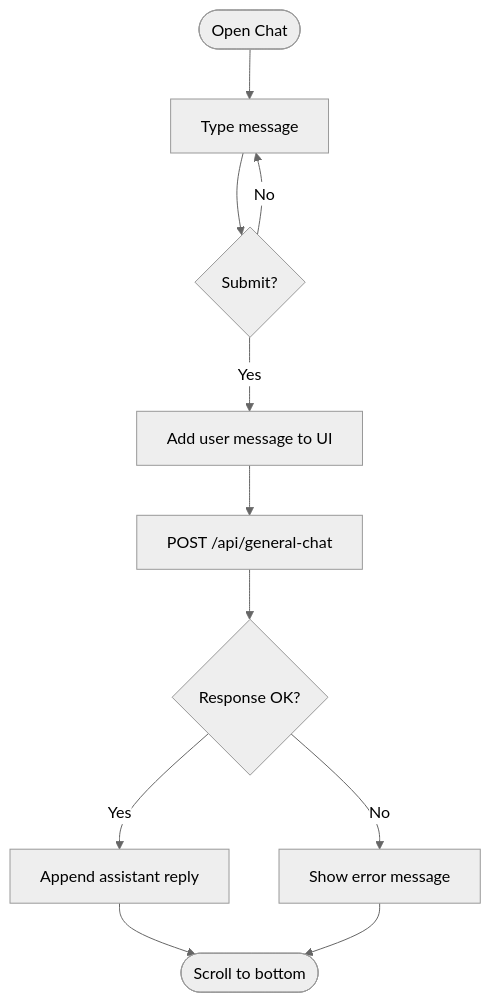
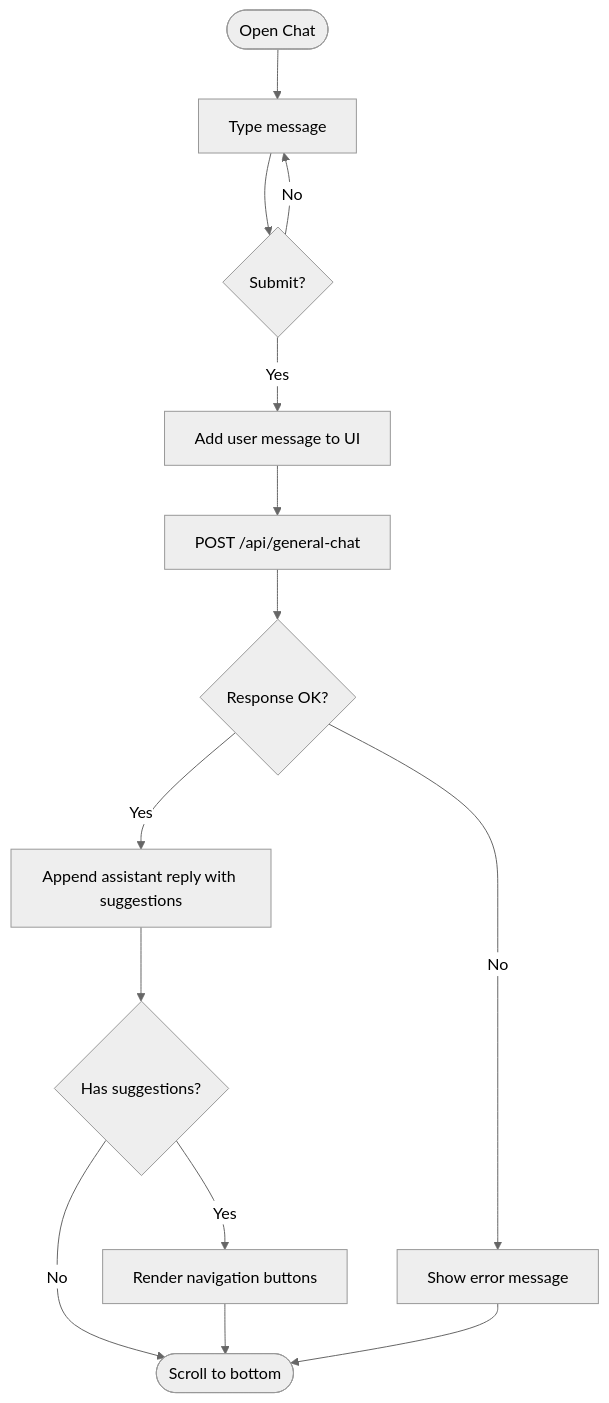
One commit to NaveenHiranya/Smart-Vehicle-Insurance-Claim-System changed the third of 7 diagrams in .qoder/repowiki/en/content/Frontend Documentation/Global AI Assistant.md. Above: the diagram before and after it, drawn with Mermaid (neutral theme). The commit also changed other lines of this file and 17 other files, not shown here.

````diff
--- a/.qoder/repowiki/en/content/Frontend Documentation/Global AI Assistant.md
+++ b/.qoder/repowiki/en/content/Frontend Documentation/Global AI Assistant.md
@@ -154,13 +195,16 @@
 ```mermaid
 flowchart TD
 Start(["Open Chat"]) --> Input["Type message"]
 Input --> Send{"Submit?"}
 Send -- No --> Input
 Send -- Yes --> AddUserMsg["Add user message to UI"]
 AddUserMsg --> CallAPI["POST /api/general-chat"]
 CallAPI --> Resp{"Response OK?"}
-Resp -- Yes --> AddBotMsg["Append assistant reply"]
+Resp -- Yes --> AddBotMsg["Append assistant reply with suggestions"]
+AddBotMsg --> NavBtns{"Has suggestions?"}
+NavBtns -- Yes --> RenderNav["Render navigation buttons"]
+NavBtns -- No --> End(["Scroll to bottom"])
+RenderNav --> End
 Resp -- No --> AddError["Show error message"]
-AddBotMsg --> End(["Scroll to bottom"])
 AddError --> End
 ```
````
